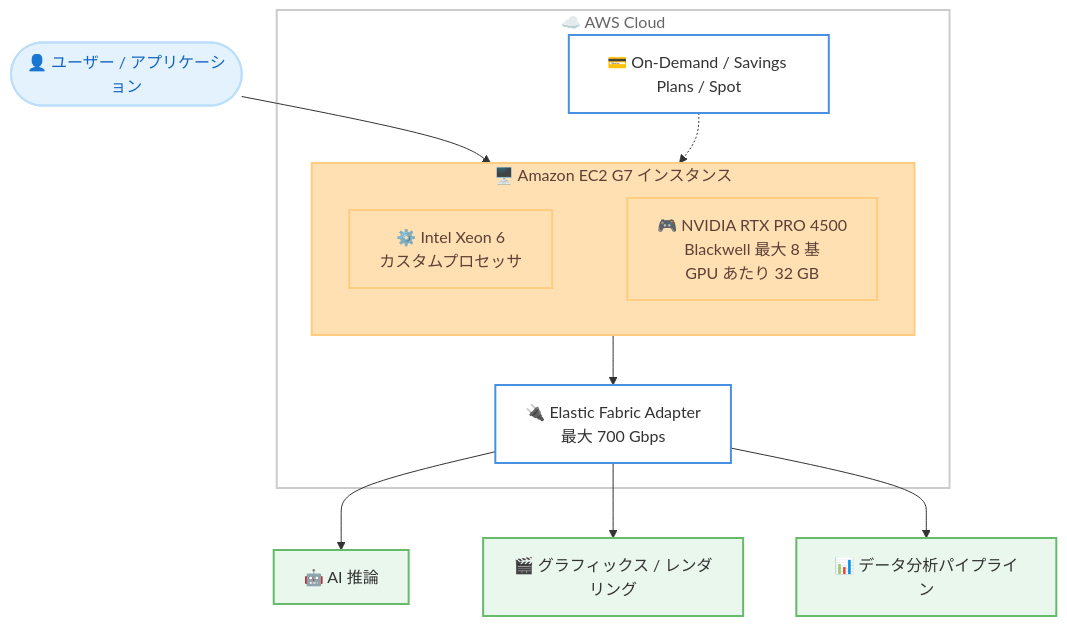
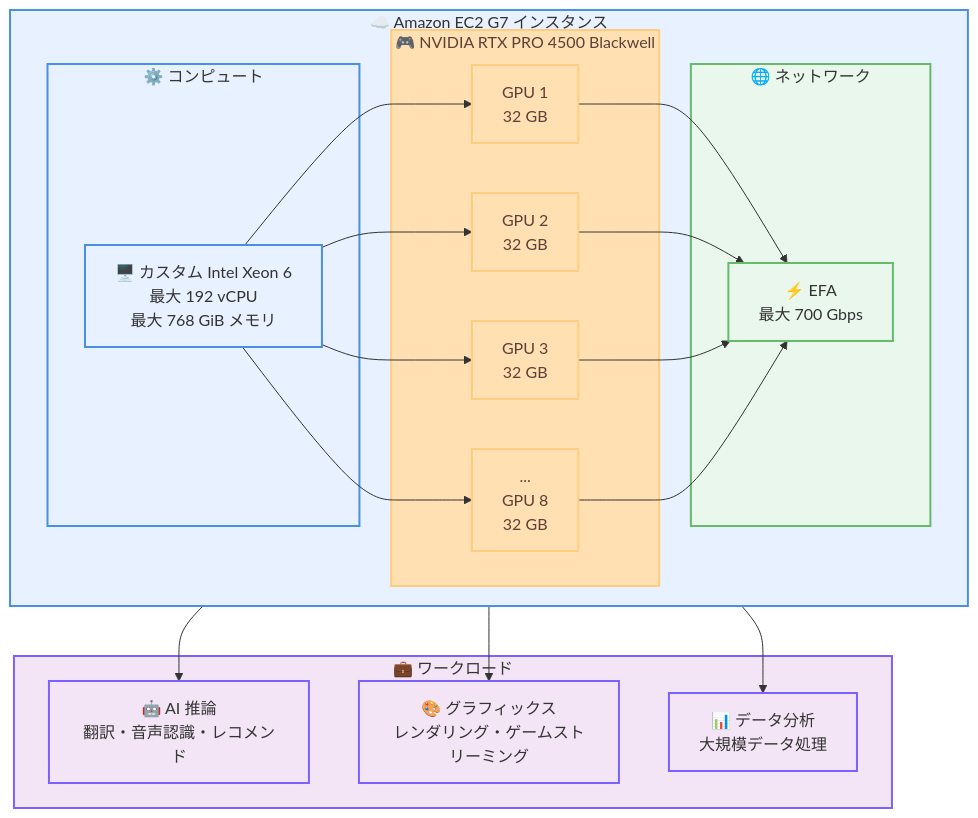
One commit to takech9203/aws-news-summary changed the diagram in reports/2026/2026-06-18-amazon-ec2-g7-generally-available.md. Above: the diagram before and after it, drawn with Mermaid. The commit also changed other lines of this file and 27 other files, not shown here.

````diff
--- a/reports/2026/2026-06-18-amazon-ec2-g7-generally-available.md
+++ b/reports/2026/2026-06-18-amazon-ec2-g7-generally-available.md
@@ -36,33 +33,49 @@
 ```mermaid
 flowchart TD
-    subgraph Cloud["☁️ AWS Cloud"]
-        subgraph G7["🖥️ Amazon EC2 G7 インスタンス"]
-            direction LR
-            CPU["⚙️ Intel Xeon 6<br/>カスタムプロセッサ"]
-            GPU["🎮 NVIDIA RTX PRO 4500<br/>Blackwell 最大 8 基<br/>GPU あたり 32 GB"]
-            CPU ~~~ GPU
+    subgraph EC2["☁️ Amazon EC2 G7 インスタンス"]
+        subgraph Compute["⚙️ コンピュート"]
+            CPU["🖥️ カスタム Intel Xeon 6<br/>最大 192 vCPU<br/>最大 768 GiB メモリ"]
         end
-        EFA["🔌 Elastic Fabric Adapter<br/>最大 700 Gbps"]
-        Purchase["💳 On-Demand / Savings Plans / Spot"]
+
+        subgraph GPU["🎮 NVIDIA RTX PRO 4500 Blackwell"]
+            GPU1["GPU 1<br/>32 GB"]
+            GPU2["GPU 2<br/>32 GB"]
+            GPU3["GPU 3<br/>32 GB"]
+            GPU8["...<br/>GPU 8<br/>32 GB"]
+        end
+
+        subgraph Network["🌐 ネットワーク"]
+            EFA["⚡ EFA<br/>最大 700 Gbps"]
+        end
     end
 
-    User(["👤 ユーザー / アプリケーション"]) --> G7
-    G7 --> EFA
-    Purchase -.-> G7
+    subgraph Workloads["💼 ワークロード"]
+        Inference["🤖 AI 推論<br/>翻訳・音声認識・レコメンド"]
+        Graphics["🎨 グラフィックス<br/>レンダリング・ゲームストリーミング"]
+        Analytics["📊 データ分析<br/>大規模データ処理"]
+    end
 
-    EFA --> AI["🤖 AI 推論"]
-    EFA --> Graphics["🎬 グラフィックス / レンダリング"]
-    EFA --> Analytics["📊 データ分析パイプライン"]
+    CPU --> GPU1
+    CPU --> GPU2
+    CPU --> GPU3
+    CPU --> GPU8
 
-    classDef cloud fill:none,stroke:#CCCCCC,stroke-width:2px,color:#666666
-    classDef compute fill:#FFE0B2,stroke:#FFCC80,stroke-width:2px,color:#5D4037
-    classDef process fill:#FFFFFF,stroke:#4A90E2,stroke-width:2px,color:#333333
-    classDef input fill:#E9F7EC,stroke:#66BB6A,stroke-width:2px,color:#333333
-    classDef user fill:#E3F2FD,stroke:#BBDEFB,stroke-width:2px,color:#1565C0
+    GPU1 --> EFA
+    GPU2 --> EFA
+    GPU3 --> EFA
+    GPU8 --> EFA
 
-    class Cloud cloud
-    class G7,CPU,GPU compute
-    class EFA,Purchase process
-    class AI,Graphics,Analytics input
-    class User user
+    EC2 --> Inference
+    EC2 --> Graphics
+    EC2 --> Analytics
+
+    classDef ec2 fill:#E8F1FF,stroke:#4A90E2,stroke-width:2px,color:#333333
+    classDef gpu fill:#FFE0B2,stroke:#FFCC80,stroke-width:2px,color:#5D4037
+    classDef network fill:#E9F7EC,stroke:#66BB6A,stroke-width:2px,color:#333333
+    classDef workload fill:#F3E5F5,stroke:#7B61FF,stroke-width:2px,color:#333333
+
+    class EC2,Compute,CPU ec2
+    class GPU,GPU1,GPU2,GPU3,GPU8 gpu
+    class Network,EFA network
+    class Workloads,Inference,Graphics,Analytics workload
 ```
````
